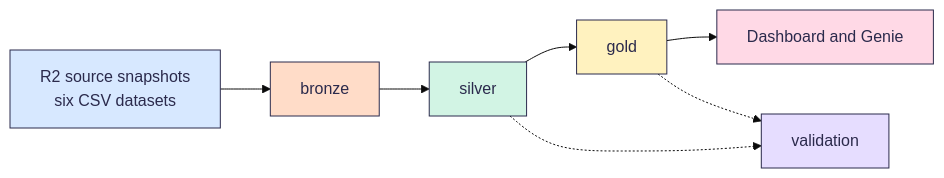
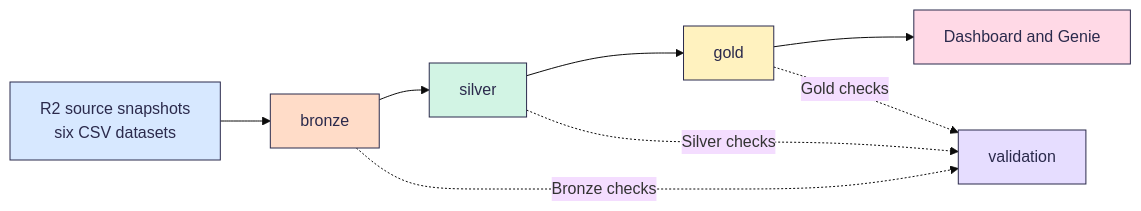
One commit to Buildabida/infra-project-monitoring changed the diagram in README.md. Above: the diagram before and after it, drawn with Mermaid (base theme). The commit also changed other lines of this file and 12 other files, not shown here.

````diff
--- a/README.md
+++ b/README.md
@@ -48,15 +48,16 @@
 ```mermaid
 flowchart LR
     S["R2 source snapshots<br>six CSV datasets"]:::src --> B["bronze"]:::bronze
     B --> SV["silver"]:::silver
     SV --> G["gold"]:::gold
     G --> D["Dashboard and Genie"]:::dash
-    SV -.-> V["validation"]:::val
-    G -.-> V
+    B -. "Bronze checks" .-> V["validation"]:::val
+    SV -. "Silver checks" .-> V
+    G -. "Gold checks" .-> V
     classDef src fill:#D7E8FF,stroke:#2B2A4C,color:#2B2A4C
     classDef bronze fill:#FFDCC8,stroke:#2B2A4C,color:#2B2A4C
     classDef silver fill:#D2F4E4,stroke:#2B2A4C,color:#2B2A4C
     classDef gold fill:#FFF2BF,stroke:#2B2A4C,color:#2B2A4C
     classDef val fill:#E6DDFF,stroke:#2B2A4C,color:#2B2A4C
     classDef dash fill:#FFD9E6,stroke:#2B2A4C,color:#2B2A4C
 ```
````
